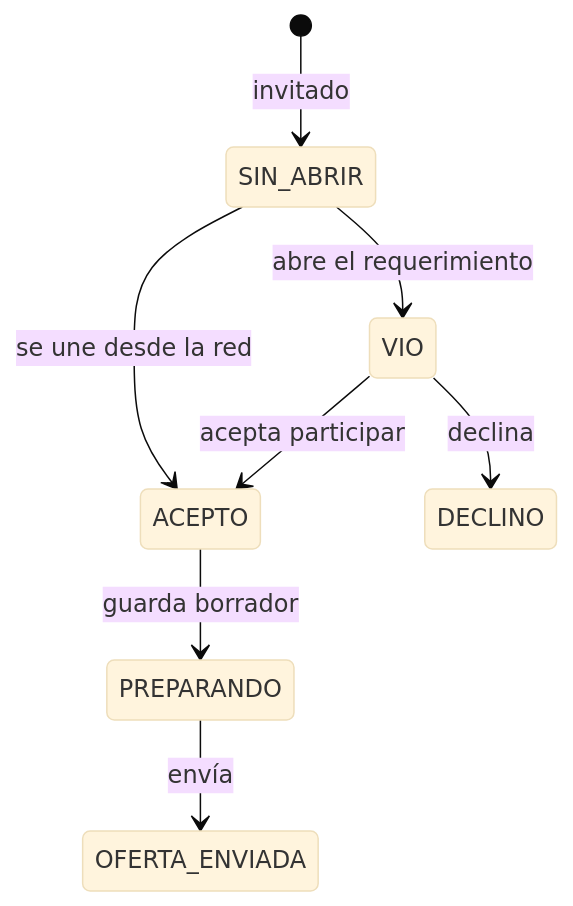
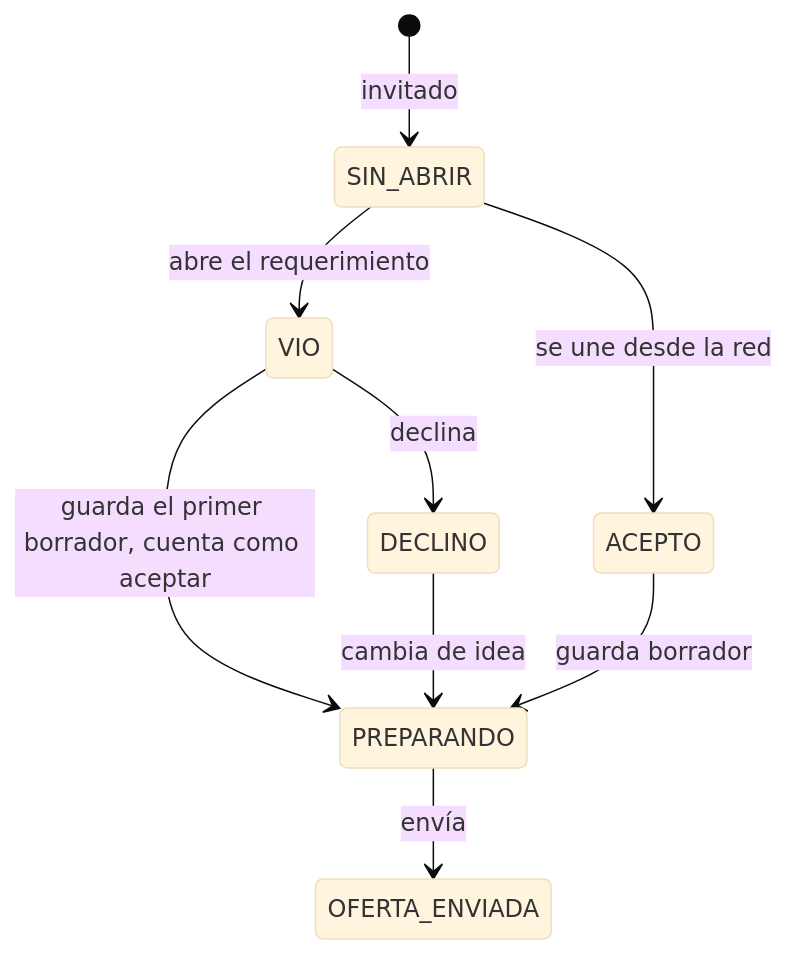
Before and after one commit to johnalecc21/bolt_pro: diagram 15 of 34 in docs/DIAGRAMAS-FLUJO.md, drawn with Mermaid (base theme). The commit also changed other lines of this file and 30 other files, not shown here.

````diff
--- a/docs/DIAGRAMAS-FLUJO.md
+++ b/docs/DIAGRAMAS-FLUJO.md
@@ -380,10 +383,11 @@
 ```mermaid
 stateDiagram-v2
     [*] --> SIN_ABRIR: invitado
     SIN_ABRIR --> VIO: abre el requerimiento
-    VIO --> ACEPTO: acepta participar
+    VIO --> PREPARANDO: guarda el primer borrador, cuenta como aceptar
     VIO --> DECLINO: declina
     ACEPTO --> PREPARANDO: guarda borrador
+    DECLINO --> PREPARANDO: cambia de idea
     PREPARANDO --> OFERTA_ENVIADA: envía
     SIN_ABRIR --> ACEPTO: se une desde la red
 ```
````
